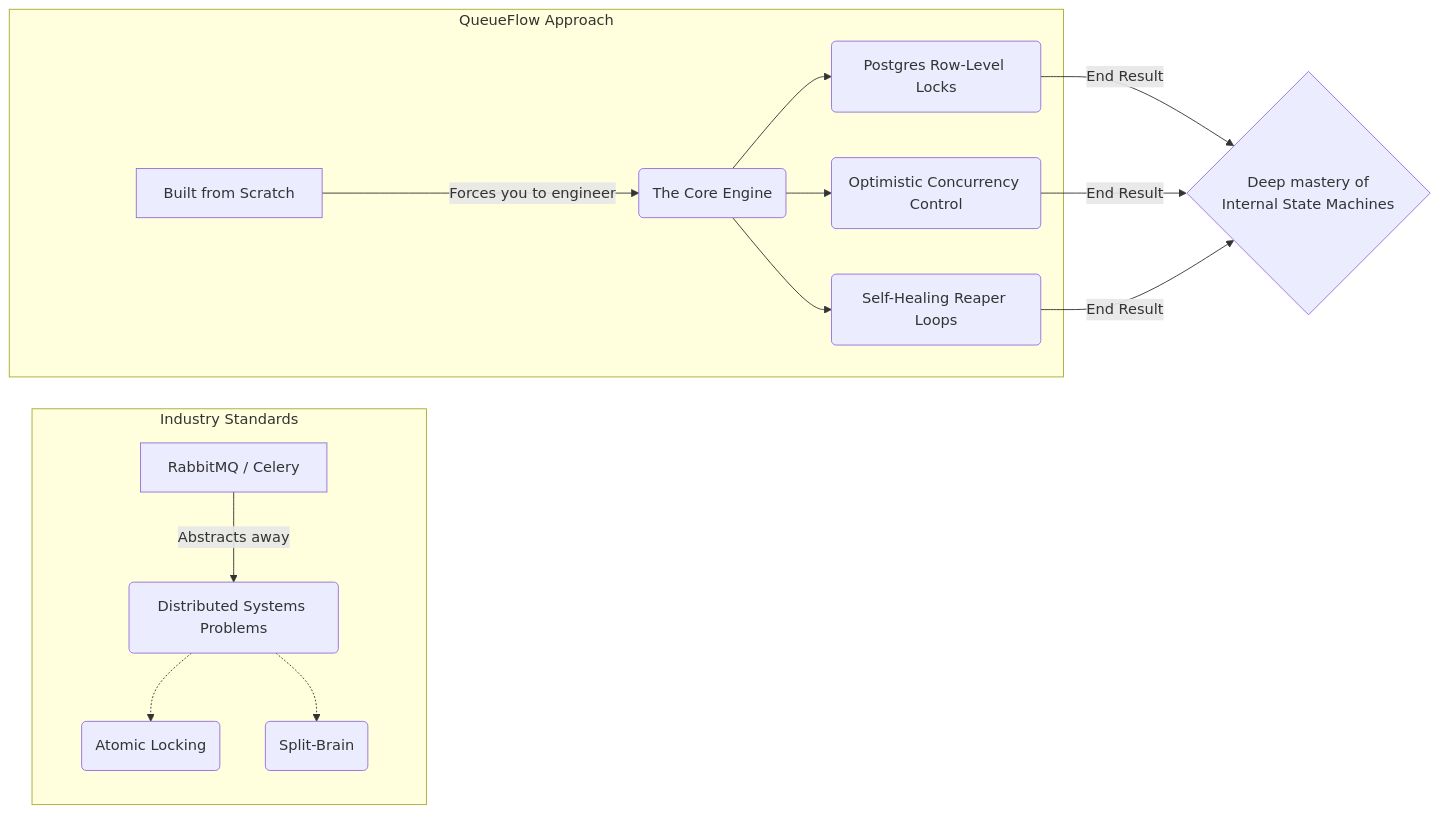
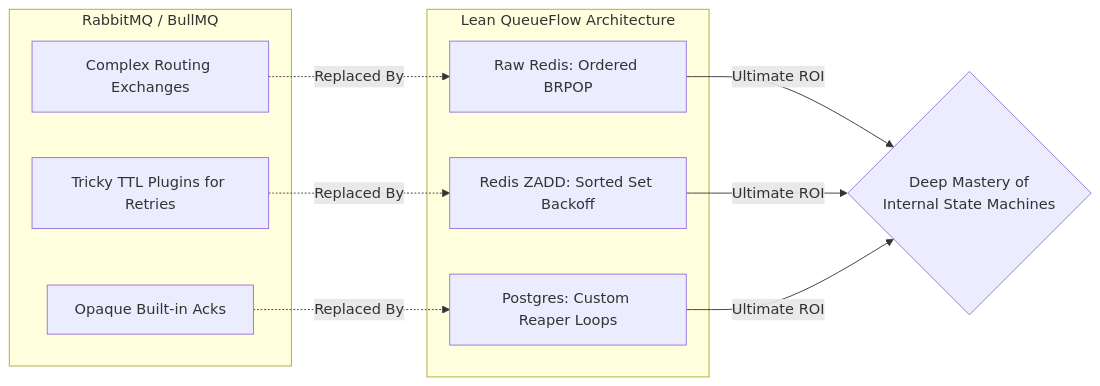
Before and after one commit to Aryns293/QueueFlow-prep: the first of 4 diagrams in Final/7.1-100-Most-Expected-Questions-Part1.md, drawn with Mermaid.

Commit message:
docs: Update Q1 mermaid diagram to map feature-to-feature comparison

````diff
--- a/Final/7.1-100-Most-Expected-Questions-Part1.md
+++ b/Final/7.1-100-Most-Expected-Questions-Part1.md
@@ -25,17 +25,20 @@
 ```mermaid
 flowchart LR
-    subgraph The_Easy_Way [Industry Standards]
-        A[RabbitMQ / Celery] -->|Abstracts away| B(Distributed Systems Problems)
-        B -.-> C(Atomic Locking)
-        B -.-> D(Split-Brain)
+    subgraph Heavy_Brokers [RabbitMQ / BullMQ]
+        A[Complex Routing Exchanges]
+        B[Tricky TTL Plugins for Retries]
+        C[Opaque Built-in Acks]
     end
-    
-    subgraph The_QueueFlow_Way [QueueFlow Approach]
-        F[Built from Scratch] -->|Forces you to engineer| G(The Core Engine)
-        G --> H(Postgres Row-Level Locks)
-        G --> I(Optimistic Concurrency Control)
-        G --> J(Self-Healing Reaper Loops)
+
+    subgraph QueueFlow [Lean QueueFlow Architecture]
+        D[Raw Redis: Ordered BRPOP]
+        E[Redis ZADD: Sorted Set Backoff]
+        F[Postgres: Custom Reaper Loops]
     end
-    
-    H & I & J -->|End Result| K{Deep mastery of<br>Internal State Machines}
+
+    A -.->|Replaced By| D
+    B -.->|Replaced By| E
+    C -.->|Replaced By| F
+
+    D & E & F -->|Ultimate ROI| G{Deep Mastery of<br>Internal State Machines}
 ```
````
